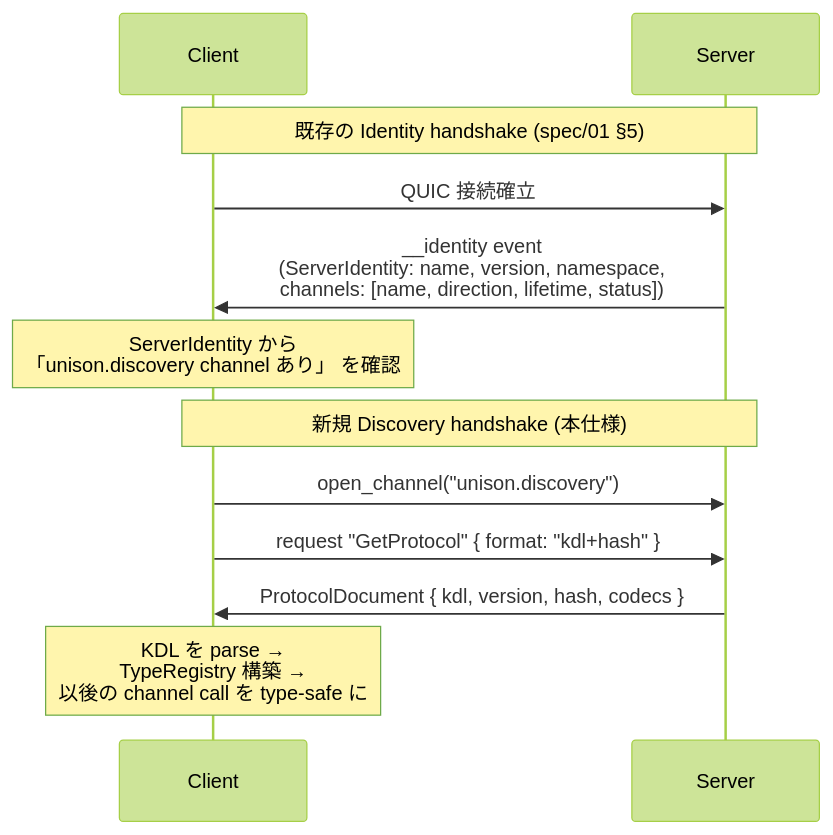
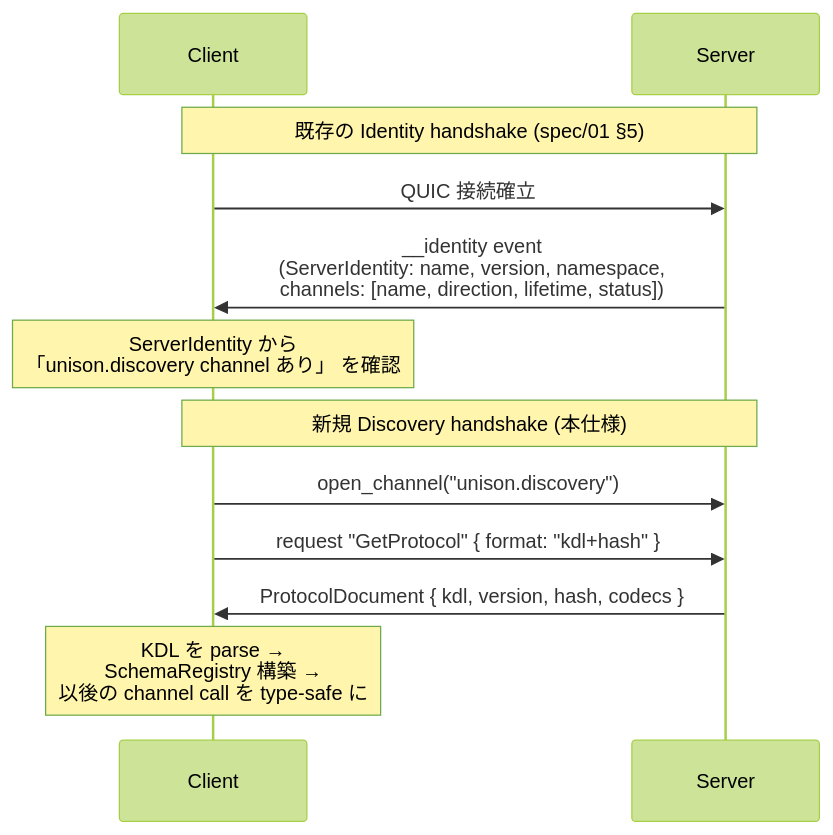
One commit to chronista-club/club-unison changed the first of 5 diagrams in spec/04-discovery/SPEC.md. Above: the diagram before and after it, drawn with Mermaid (forest theme). The commit also changed other lines of this file and 24 other files, not shown here.

````diff
--- a/spec/04-discovery/SPEC.md
+++ b/spec/04-discovery/SPEC.md
@@ -95,18 +95,18 @@
 ```mermaid
 sequenceDiagram
     participant C as Client
     participant S as Server
 
     Note over C,S: 既存の Identity handshake (spec/01 §5)
     C->>S: QUIC 接続確立
     S->>C: __identity event<br/>(ServerIdentity: name, version, namespace,<br/>channels: [name, direction, lifetime, status])
 
     Note over C: ServerIdentity から<br/>「unison.discovery channel あり」 を確認
 
     Note over C,S: 新規 Discovery handshake (本仕様)
     C->>S: open_channel("unison.discovery")
     C->>S: request "GetProtocol" { format: "kdl+hash" }
     S->>C: ProtocolDocument { kdl, version, hash, codecs }
 
-    Note over C: KDL を parse →<br/>TypeRegistry 構築 →<br/>以後の channel call を type-safe に
+    Note over C: KDL を parse →<br/>SchemaRegistry 構築 →<br/>以後の channel call を type-safe に
 ```
````
